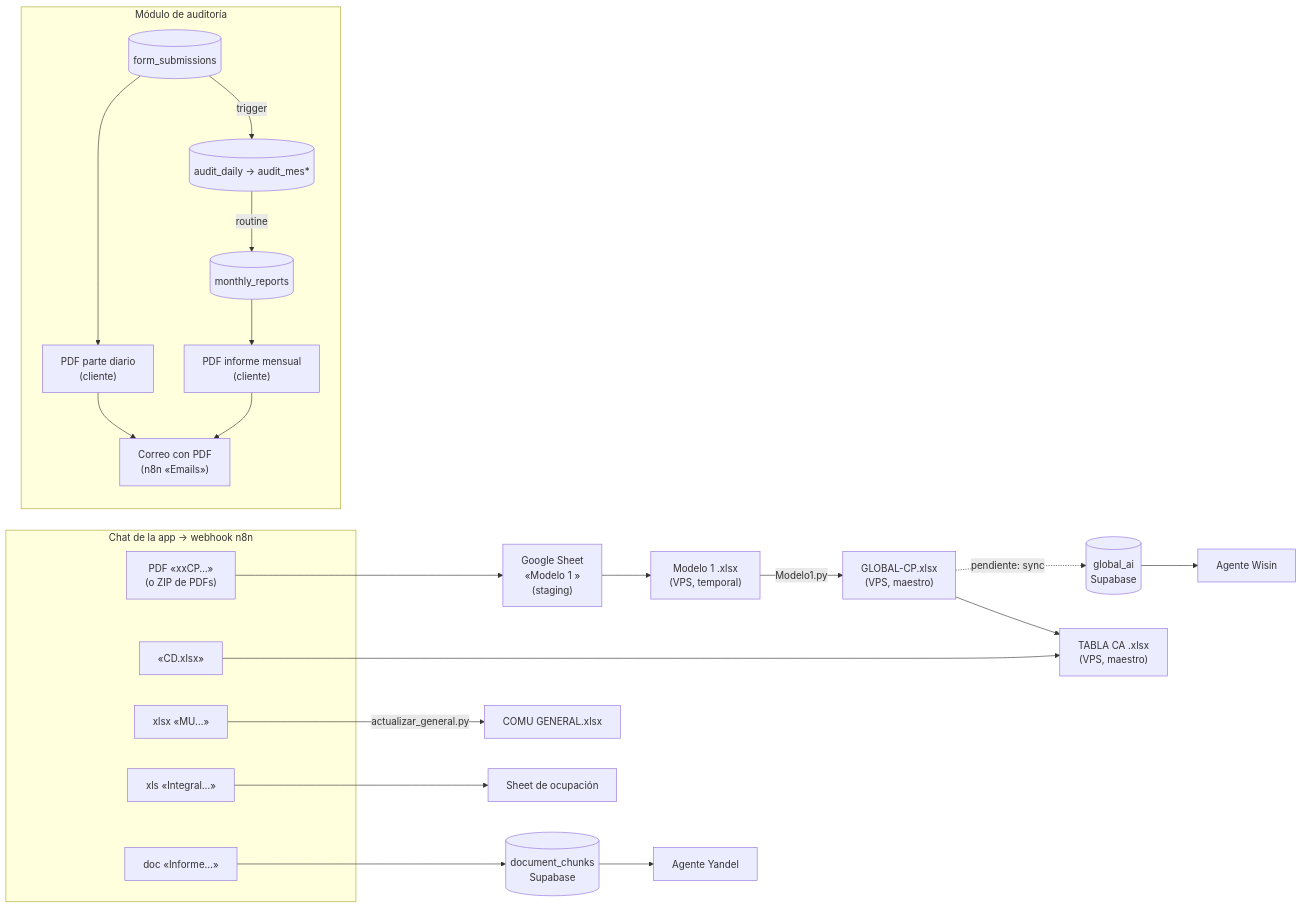
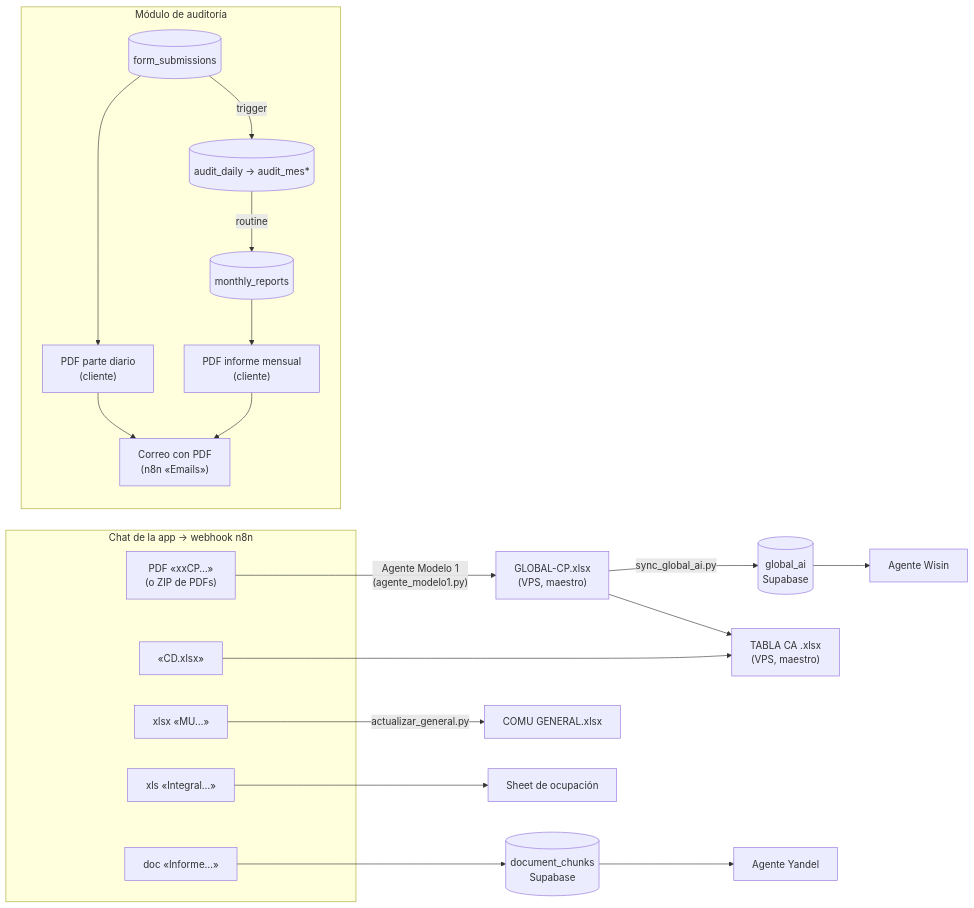
One commit to iaquantic/Polarier-App changed the diagram in vault/Generacion-Documentos.md. Above: the diagram before and after it, drawn with Mermaid. The commit also changed other lines of this file and 13 other files, not shown here.

First line of the commit message:
Agente Modelo 1: sustituye a la rama CP/ZIP y a Modelo1.py

````diff
--- a/vault/Generacion-Documentos.md
+++ b/vault/Generacion-Documentos.md
@@ -11,29 +11,27 @@
 ```mermaid
 flowchart LR
   subgraph Chat["Chat de la app → webhook n8n"]
     CP["PDF «xxCP…»\n(o ZIP de PDFs)"]
     CD["«<LAV>CD<AAAAMM>.xlsx»"]
     MU["xlsx «<PROV>MU…»"]
     INT["xls «Integral…»"]
     INF["doc «Informe…»"]
   end
-  CP --> SH["Google Sheet\n«Modelo 1 <polo>»\n(staging)"]
-  SH --> M1["Modelo 1 <polo>.xlsx\n(VPS, temporal)"]
-  M1 -->|Modelo1.py| G["GLOBAL-CP<aa>.xlsx\n(VPS, maestro)"]
-  G -.->|pendiente: sync| GA[("global_ai\nSupabase")]
+  CP -->|"Agente Modelo 1\n(agente_modelo1.py)"| G["GLOBAL-CP<aa>.xlsx\n(VPS, maestro)"]
+  G -->|sync_global_ai.py| GA[("global_ai\nSupabase")]
   GA --> W["Agente Wisin"]
   CD --> CA["TABLA CA <año>.xlsx\n(VPS, maestro)"]
   G --> CA
   MU -->|actualizar_general.py| CG["COMU <MES> GENERAL.xlsx"]
   INT --> OC["Sheet de ocupación"]
   INF --> DC[("document_chunks\nSupabase")]
   DC --> Y["Agente Yandel"]
   subgraph App["Módulo de auditoría"]
     FS[("form_submissions")] --> PD["PDF parte diario\n(cliente)"]
     FS -->|trigger| AD[("audit_daily → audit_mes*")]
     AD -->|routine| MR[("monthly_reports")]
     MR --> PM["PDF informe mensual\n(cliente)"]
     PD --> EM["Correo con PDF\n(n8n «Emails»)"]
     PM --> EM
   end
 ```
````
